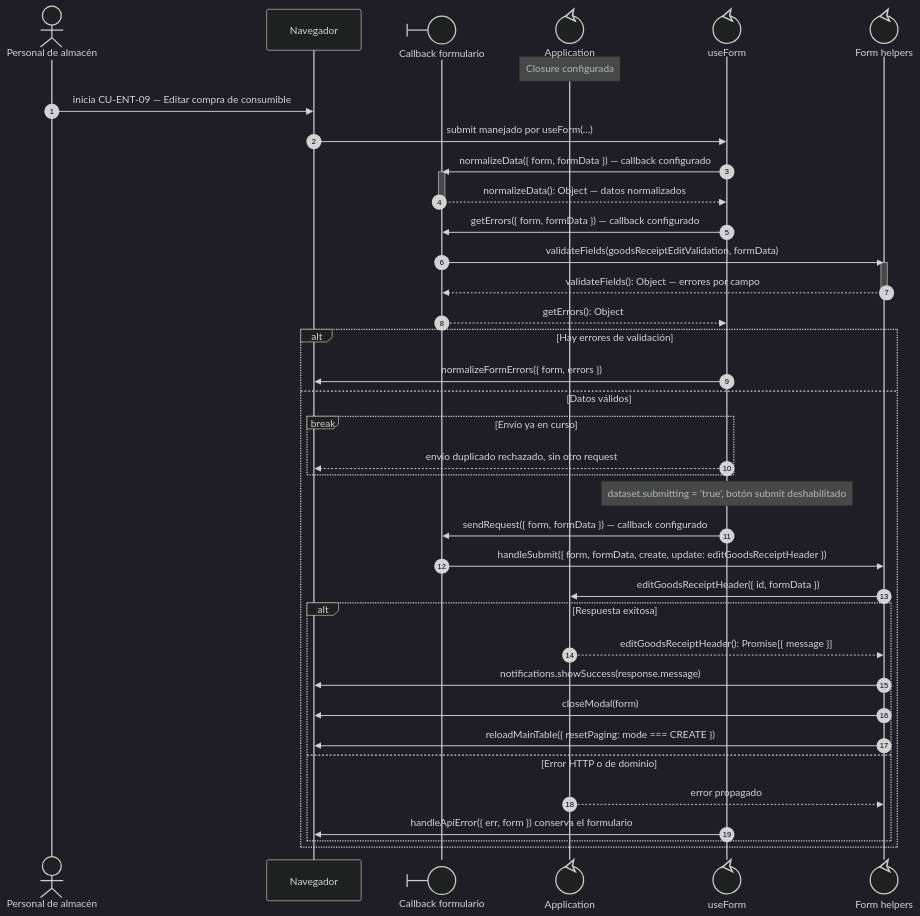
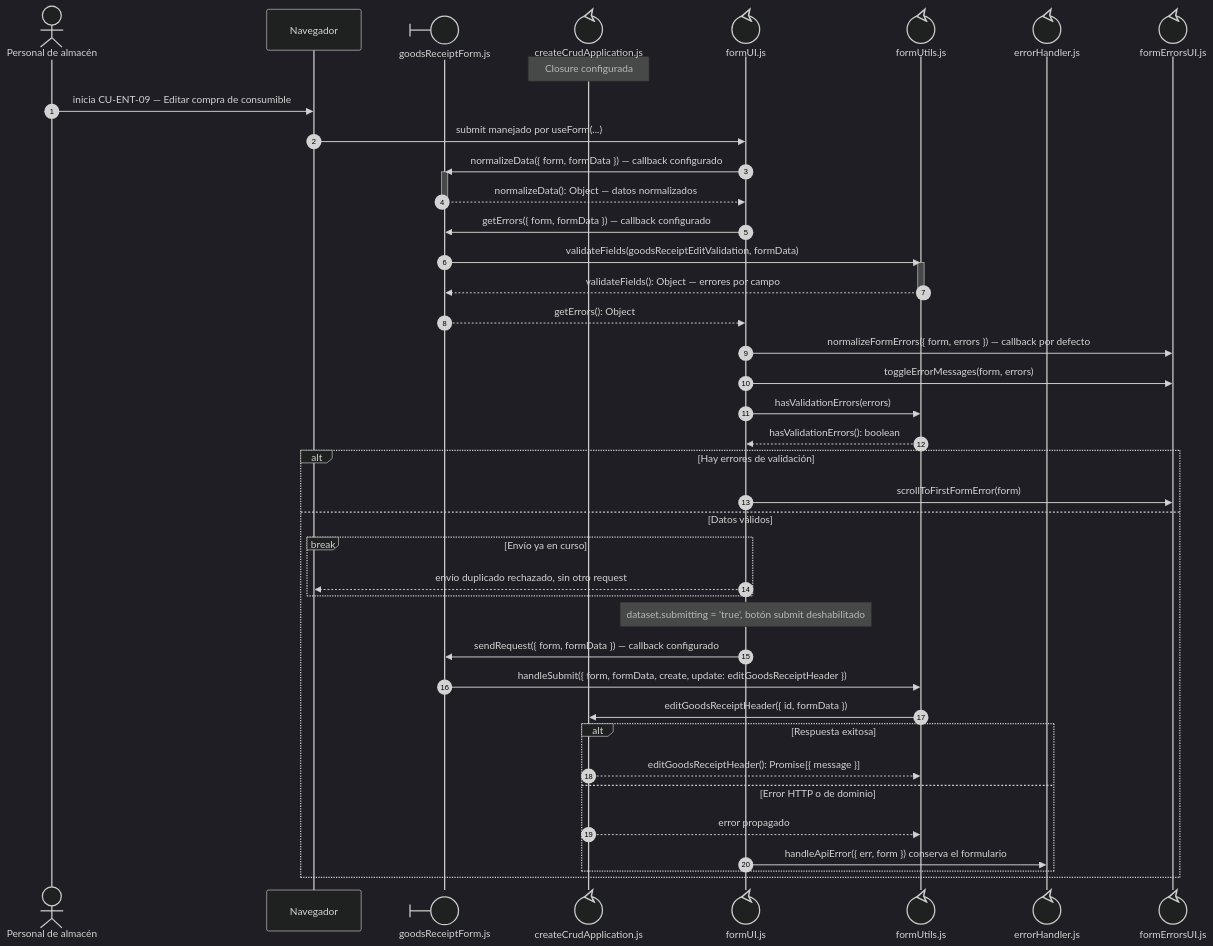
Before and after one commit to gpgsistemas01/nexus: the second of 3 diagrams in docs/architecture/views/processes/frontend-code-sequences/purchases/cu-ent-09.md, drawn with Mermaid (dark theme). The commit also changed other lines of this file and 192 other files, not shown here.

Commit message:
docs: make sequence file ownership explicit and align code flows

````diff
--- a/docs/architecture/views/processes/frontend-code-sequences/purchases/cu-ent-09.md
+++ b/docs/architecture/views/processes/frontend-code-sequences/purchases/cu-ent-09.md
@@ -35,44 +130,48 @@
 ```mermaid
 sequenceDiagram
     autonumber
     actor Initiator as Personal de almacén
     participant Browser as Navegador
-    participant View@{ "type": "boundary" } as Callback formulario
-    participant Application@{ "type": "control" } as Application
-    participant Form@{ "type": "control" } as useForm
-    participant FormUtils@{ "type": "control" } as Form helpers
+    participant View@{ "type": "boundary" } as goodsReceiptForm.js
+    participant Application@{ "type": "control" } as createCrudApplication.js
+    participant Form@{ "type": "control" } as formUI.js
+    participant FormUtils@{ "type": "control" } as formUtils.js
+
+    participant FileErrorHandler@{ "type": "control" } as errorHandler.js
+    participant FileFormErrorsUI@{ "type": "control" } as formErrorsUI.js
 
     Note over Application: Closure configurada
     Initiator->>Browser: inicia CU-ENT-09 — Editar compra de consumible
     Browser->>Form: submit manejado por useForm(...)
     Form->>View: normalizeData({ form, formData }) — callback configurado
     activate View
     View-->>Form: normalizeData(): Object — datos normalizados
     deactivate View
     Form->>View: getErrors({ form, formData }) — callback configurado
     View->>FormUtils: validateFields(goodsReceiptEditValidation, formData)
     activate FormUtils
     FormUtils-->>View: validateFields(): Object — errores por campo
     deactivate FormUtils
     View-->>Form: getErrors(): Object
+    Form->>FileFormErrorsUI: normalizeFormErrors({ form, errors }) — callback por defecto
+    Form->>FileFormErrorsUI: toggleErrorMessages(form, errors)
+    Form->>FormUtils: hasValidationErrors(errors)
+    FormUtils-->>Form: hasValidationErrors(): boolean
     alt Hay errores de validación
-        Form->>Browser: normalizeFormErrors({ form, errors })
+        Form->>FileFormErrorsUI: scrollToFirstFormError(form)
     else Datos válidos
         break Envío ya en curso
             Form-->>Browser: envío duplicado rechazado, sin otro request
     end
         Note over Form: dataset.submitting = 'true', botón submit deshabilitado
         Form->>View: sendRequest({ form, formData }) — callback configurado
         View->>FormUtils: handleSubmit({ form, formData, create, update: editGoodsReceiptHeader })
         FormUtils->>Application: editGoodsReceiptHeader({ id, formData })
         alt Respuesta exitosa
             Application-->>FormUtils: editGoodsReceiptHeader(): Promise[{ message }]
-            FormUtils->>Browser: notifications.showSuccess(response.message)
-            FormUtils->>Browser: closeModal(form)
-            FormUtils->>Browser: reloadMainTable({ resetPaging: mode === CREATE })
         else Error HTTP o de dominio
             Application-->>FormUtils: error propagado
-            Form->>Browser: handleApiError({ err, form }) conserva el formulario
+            Form->>FileErrorHandler: handleApiError({ err, form }) conserva el formulario
     end
     end
 ```
````
